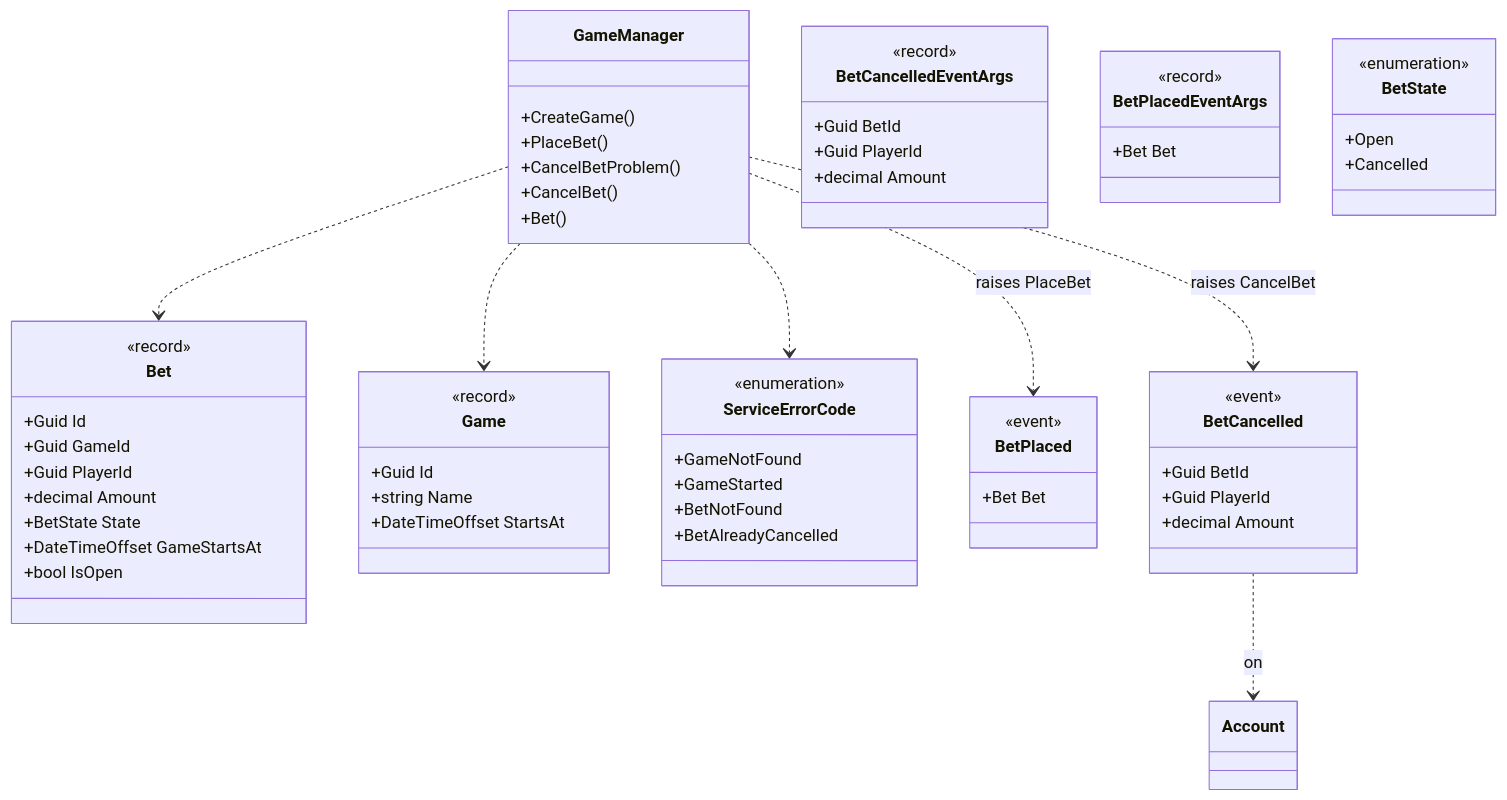
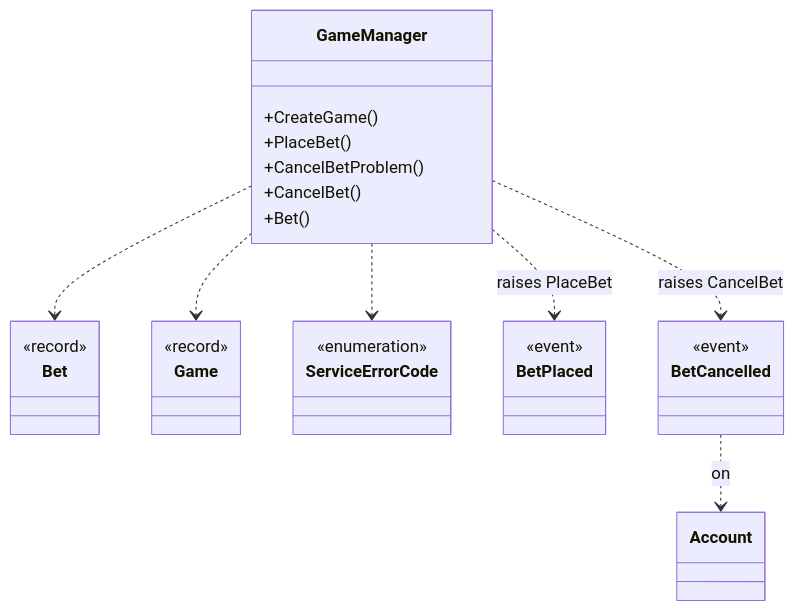
The diagram in sample/docs/business-api/game.md (wrzucher/ControlBatyr), drawn with Mermaid before and after one commit. The commit also changed 6 other files, not shown here.

Commit message:
Keep domain diagrams compact and avoid duplicate record events

````diff
--- a/sample/docs/business-api/game.md
+++ b/sample/docs/business-api/game.md
@@ -45,77 +45,41 @@
 ```mermaid
 classDiagram
 %% @arch/1 diagram profile=class-v1
 %% @arch/1 type id="A:Game.Core|T:Game.Core.GameManager"
 class C0["GameManager"] {
     +CreateGame()
     +PlaceBet()
     +CancelBetProblem()
     +CancelBet()
     +Bet()
 }
 %% @arch/1 type id="A:Game.Model|T:Game.Model.Bet"
 class C1["Bet"] {
     <<record>>
-    +Guid Id
-    +Guid GameId
-    +Guid PlayerId
-    +decimal Amount
-    +BetState State
-    +DateTimeOffset GameStartsAt
-    +bool IsOpen
-}
-%% @arch/1 type id="A:Game.Model|T:Game.Model.BetCancelledEventArgs"
-class C2["BetCancelledEventArgs"] {
-    <<record>>
-    +Guid BetId
-    +Guid PlayerId
-    +decimal Amount
-}
-%% @arch/1 type id="A:Game.Model|T:Game.Model.BetPlacedEventArgs"
-class C3["BetPlacedEventArgs"] {
-    <<record>>
-    +Bet Bet
-}
-%% @arch/1 type id="A:Game.Model|T:Game.Model.BetState"
-class C4["BetState"] {
-    <<enumeration>>
-    +Open
-    +Cancelled
 }
 %% @arch/1 type id="A:Game.Model|T:Game.Model.Game"
-class C5["Game"] {
+class C2["Game"] {
     <<record>>
-    +Guid Id
-    +string Name
-    +DateTimeOffset StartsAt
 }
 %% @arch/1 type id="A:Game.Model|T:Game.Model.ServiceErrorCode"
-class C6["ServiceErrorCode"] {
+class C3["ServiceErrorCode"] {
     <<enumeration>>
-    +GameNotFound
-    +GameStarted
-    +BetNotFound
-    +BetAlreadyCancelled
 }
 %% @arch/1 type id="A:Game.Core|E:Game.Core.GameEventPublisher.BetPlaced"
-class C7["BetPlaced"] {
+class C4["BetPlaced"] {
     <<event>>
-    +Bet Bet
 }
 %% @arch/1 type id="A:Game.Core|E:Game.Core.GameEventPublisher.BetCancelled"
-class C8["BetCancelled"] {
+class C5["BetCancelled"] {
     <<event>>
-    +Guid BetId
-    +Guid PlayerId
-    +decimal Amount
 }
 %% @arch/1 type id="A:Game.Core|T:Game.Core.AccountManager"
-class C9["Account"] {
+class C6["Account"] {
 }
-C0 ..> C5
+C0 ..> C2
 C0 ..> C1
-C0 ..> C6
-C0 ..> C7 : raises PlaceBet
-C0 ..> C8 : raises CancelBet
-C8 ..> C9 : on
+C0 ..> C3
+C0 ..> C4 : raises PlaceBet
+C0 ..> C5 : raises CancelBet
+C5 ..> C6 : on
 ```
````
